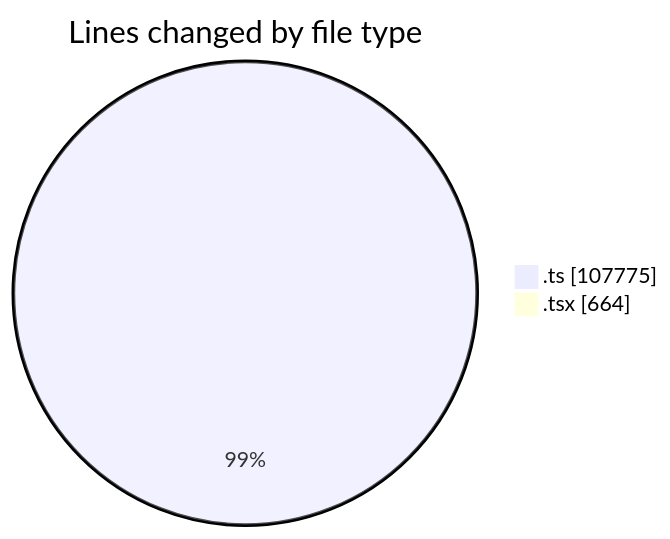
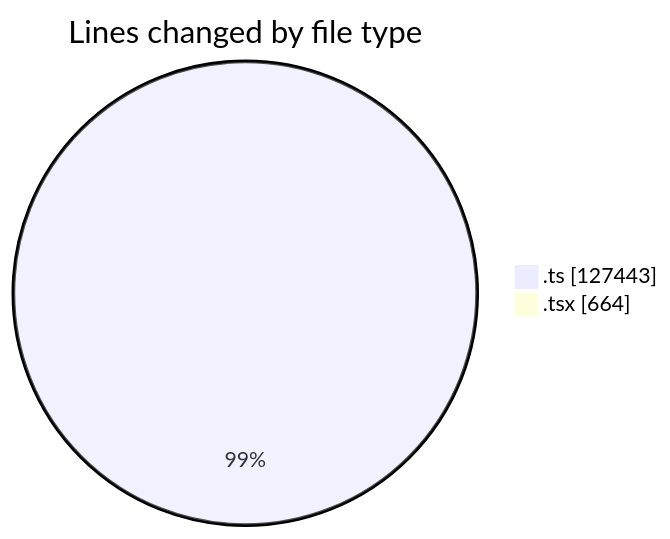
The first of 2 diagrams in 2025-08-22/cda/README.md (momahboobian/code-tracking), drawn with Mermaid before and after one commit. The commit also changed other lines of this file and 1 other file, not shown here.

````diff
--- a/2025-08-22/cda/README.md
+++ b/2025-08-22/cda/README.md
@@ -32,6 +32,6 @@
 ```mermaid
 pie showData
 title Lines changed by file type
-".ts" : 107775
+".ts" : 127443
 ".tsx" : 664
 ```
````
